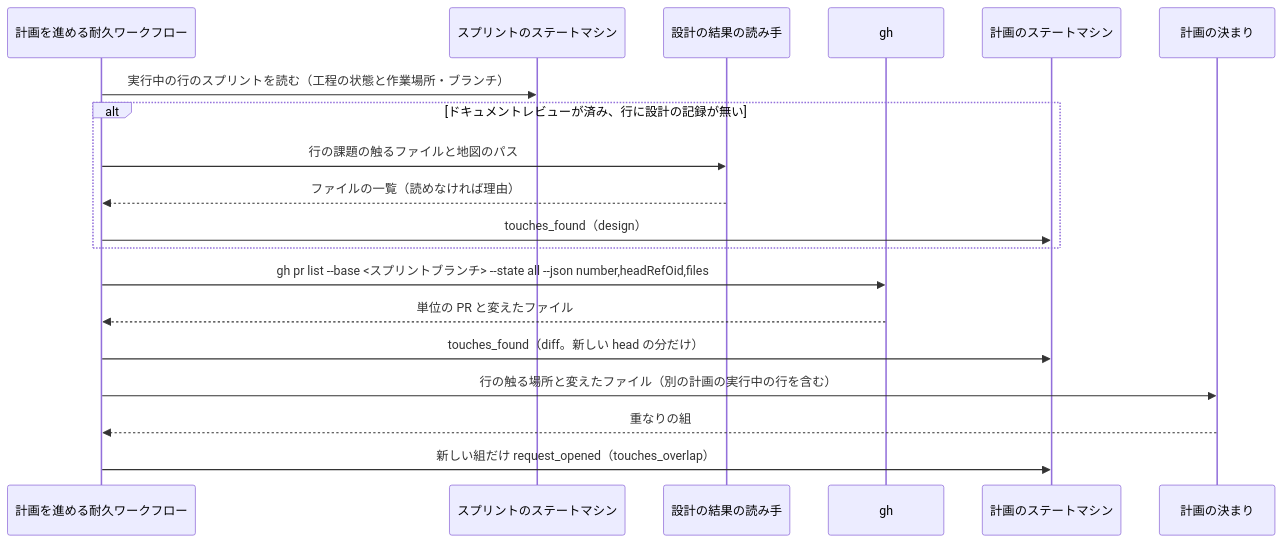
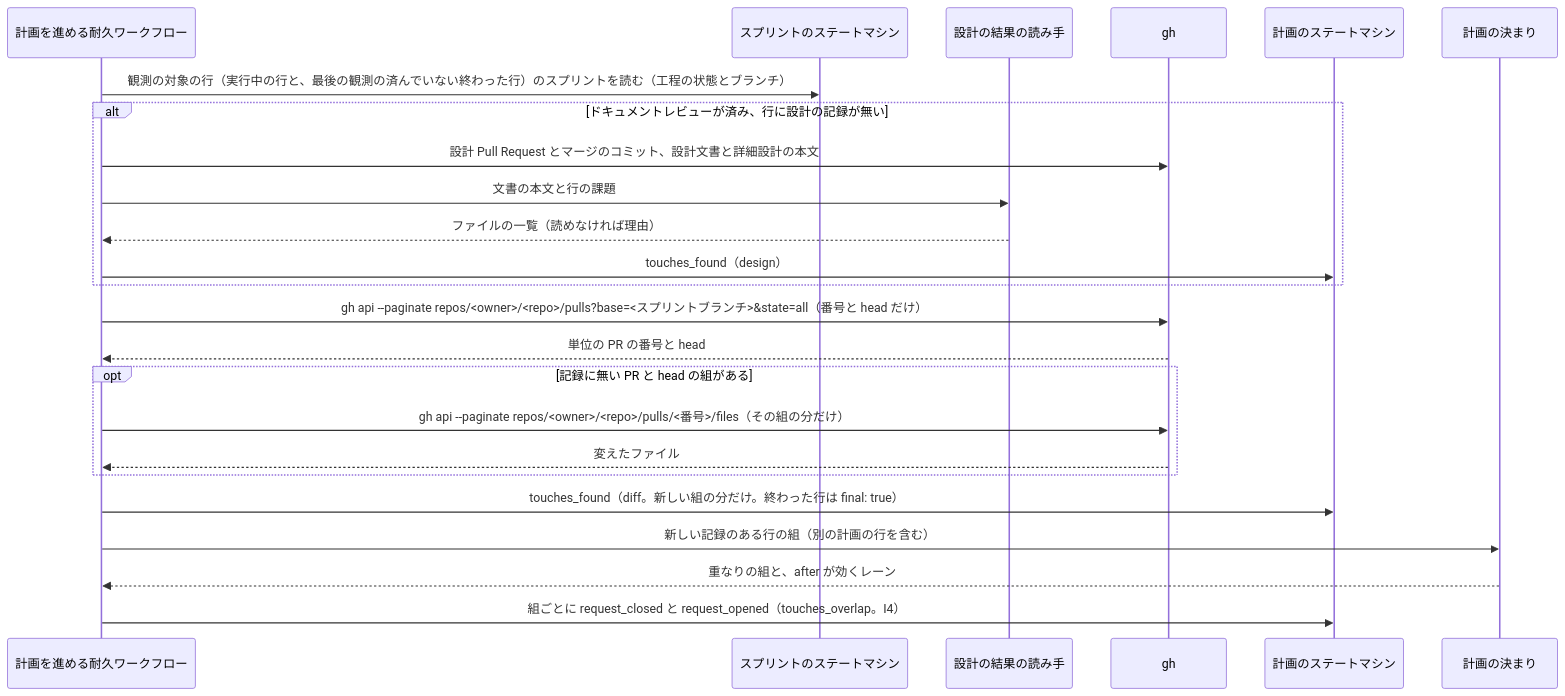
One commit to devbasex/ai-plugins changed the fourth of 5 diagrams in issues/issue-4295-2037-design.md. Above: the diagram before and after it, drawn with Mermaid. The commit also changed other lines of this file and 2 other files, not shown here.

````diff
--- a/issues/issue-4295-2037-design.md
+++ b/issues/issue-4295-2037-design.md
@@ -175,21 +219,26 @@
 ```mermaid
 sequenceDiagram
     participant RUN as 計画を進める耐久ワークフロー
     participant SP as スプリントのステートマシン
     participant DR as 設計の結果の読み手
     participant GH as gh
     participant PL as 計画のステートマシン
     participant RU as 計画の決まり
-    RUN->>SP: 実行中の行のスプリントを読む（工程の状態と作業場所・ブランチ）
+    RUN->>SP: 観測の対象の行（実行中の行と、最後の観測の済んでいない終わった行）のスプリントを読む（工程の状態とブランチ）
     alt ドキュメントレビューが済み、行に設計の記録が無い
-        RUN->>DR: 行の課題の触るファイルと地図のパス
+        RUN->>GH: 設計 Pull Request とマージのコミット、設計文書と詳細設計の本文
+        RUN->>DR: 文書の本文と行の課題
         DR-->>RUN: ファイルの一覧（読めなければ理由）
         RUN->>PL: touches_found（design）
     end
-    RUN->>GH: gh pr list --base <スプリントブランチ> --state all --json number,headRefOid,files
-    GH-->>RUN: 単位の PR と変えたファイル
-    RUN->>PL: touches_found（diff。新しい head の分だけ）
-    RUN->>RU: 行の触る場所と変えたファイル（別の計画の実行中の行を含む）
-    RU-->>RUN: 重なりの組
-    RUN->>PL: 新しい組だけ request_opened（touches_overlap）
+    RUN->>GH: gh api --paginate repos/<owner>/<repo>/pulls?base=<スプリントブランチ>&state=all（番号と head だけ）
+    GH-->>RUN: 単位の PR の番号と head
+    opt 記録に無い PR と head の組がある
+        RUN->>GH: gh api --paginate repos/<owner>/<repo>/pulls/<番号>/files（その組の分だけ）
+        GH-->>RUN: 変えたファイル
+    end
+    RUN->>PL: touches_found（diff。新しい組の分だけ。終わった行は final: true）
+    RUN->>RU: 新しい記録のある行の組（別の計画の行を含む）
+    RU-->>RUN: 重なりの組と、after が効くレーン
+    RUN->>PL: 組ごとに request_closed と request_opened（touches_overlap。I4）
 ```
````
